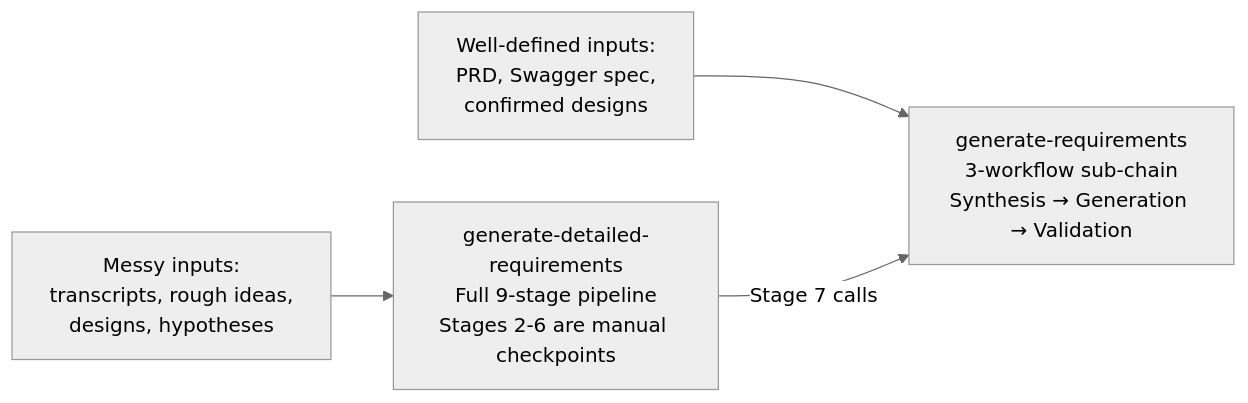
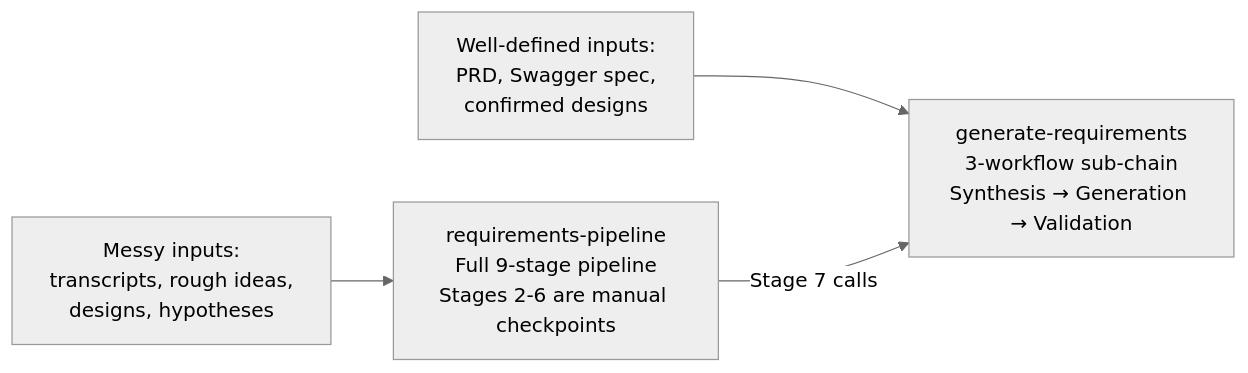
One commit to rushikeshpol02/ai-skills changed the second of 5 diagrams in docs/workflow-guide.md. Above: the diagram before and after it, drawn with Mermaid (neutral theme). The commit also changed other lines of this file and 7 other files, not shown here.

First line of the commit message:
Rename generate-detailed-requirements to requirements-pipeline

````diff
--- a/docs/workflow-guide.md
+++ b/docs/workflow-guide.md
@@ -93,12 +93,12 @@
 ```mermaid
 flowchart LR
     A[Messy inputs:\ntranscripts, rough ideas,\ndesigns, hypotheses]
     B[Well-defined inputs:\nPRD, Swagger spec,\nconfirmed designs]
 
-    GDR[generate-detailed-requirements\nFull 9-stage pipeline\nStages 2-6 are manual checkpoints]
+    GDR[requirements-pipeline\nFull 9-stage pipeline\nStages 2-6 are manual checkpoints]
     GR[generate-requirements\n3-workflow sub-chain\nSynthesis → Generation → Validation]
 
     A --> GDR
     B --> GR
     GDR -->|"Stage 7 calls"| GR
 ```
````
